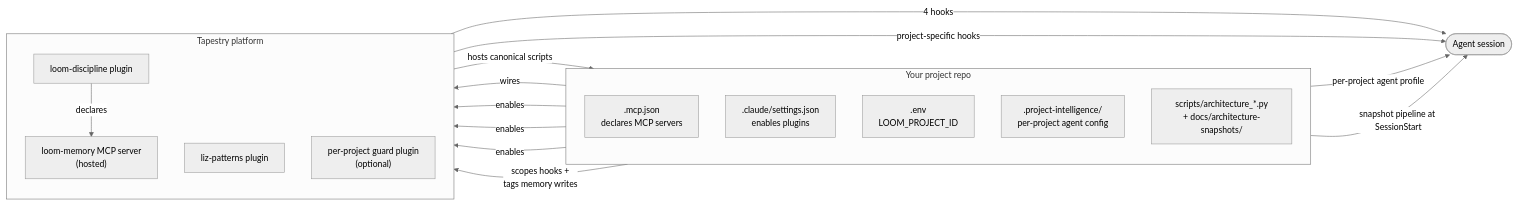
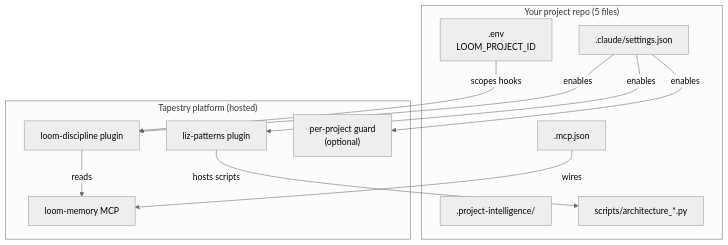
One commit to Lizo-RoadTown/tapestry changed the fifth of 6 diagrams in apps/docs-site/src/content/docs/explanation/discipline-stack.md. Above: the diagram before and after it, drawn with Mermaid (neutral theme). The commit also changed other lines of this file and 1 other file, not shown here.

Commit message:
docs: split the cramped LR diagram into two clear TB diagrams
The single LR diagram with TB subgraphs + 11 cross-cluster edges was
rendering with crossings and label collisions. Per the binding rule
to default to TB for ≥4 nodes (and this had 10), and per the principle
that two simpler diagrams beat one dense one:

- Diagram 1: what's wired where (your repo's config files → which
  platform piece each one enables)
- Diagram 2: how each piece reaches the agent session

Same content, no information lost. The LR-with-TB-subgraphs combination
was the layout source of the visual mess; pure TB renders cleanly.

Fixes both copies (explanation/discipline-stack.md + start/what-stays-on-track.md).

````diff
--- a/apps/docs-site/src/content/docs/explanation/discipline-stack.md
+++ b/apps/docs-site/src/content/docs/explanation/discipline-stack.md
@@ -109,33 +111,25 @@
 ```mermaid
-flowchart LR
-  subgraph PROJECT["Your project repo"]
-    direction TB
-    MCP[".mcp.json<br/>declares MCP servers"]
-    SETTINGS[".claude/settings.json<br/>enables plugins"]
+flowchart TB
+  subgraph PROJECT["Your project repo (5 files)"]
+    SETTINGS[".claude/settings.json"]
+    MCP[".mcp.json"]
     ENV[".env<br/>LOOM_PROJECT_ID"]
-    PI[".project-intelligence/<br/>per-project agent config"]
-    SNAP["scripts/architecture_*.py<br/>+ docs/architecture-snapshots/"]
+    PI[".project-intelligence/"]
+    SNAP["scripts/architecture_*.py"]
   end
 
-  subgraph PLATFORM["Tapestry platform"]
-    direction TB
+  subgraph PLATFORM["Tapestry platform (hosted)"]
     PLUGIN1["loom-discipline plugin"]
     PLUGIN2["liz-patterns plugin"]
-    PLUGIN3["per-project guard plugin<br/>(optional)"]
-    MEMORY["loom-memory MCP server<br/>(hosted)"]
+    PLUGIN3["per-project guard<br/>(optional)"]
+    MEMORY["loom-memory MCP"]
   end
 
-  AGENT(["Agent session"])
-
-  MCP -->|"wires"| MEMORY
-  SETTINGS -->|"enables"| PLUGIN1
-  SETTINGS -->|"enables"| PLUGIN2
-  SETTINGS -->|"enables"| PLUGIN3
-  PLUGIN1 -->|"declares"| MEMORY
-  PLUGIN2 -->|"hosts canonical scripts"| SNAP
-  ENV -->|"scopes hooks +<br/>tags memory writes"| PLUGIN1
-  PLUGIN1 -->|"4 hooks"| AGENT
-  PLUGIN3 -->|"project-specific hooks"| AGENT
-  PI -->|"per-project agent profile"| AGENT
-  SNAP -->|"snapshot pipeline at SessionStart"| AGENT
+  SETTINGS -->|enables| PLUGIN1
+  SETTINGS -->|enables| PLUGIN2
+  SETTINGS -->|enables| PLUGIN3
+  MCP -->|wires| MEMORY
+  ENV -->|scopes hooks| PLUGIN1
+  PLUGIN1 -->|reads| MEMORY
+  PLUGIN2 -->|hosts scripts| SNAP
 ```
````
